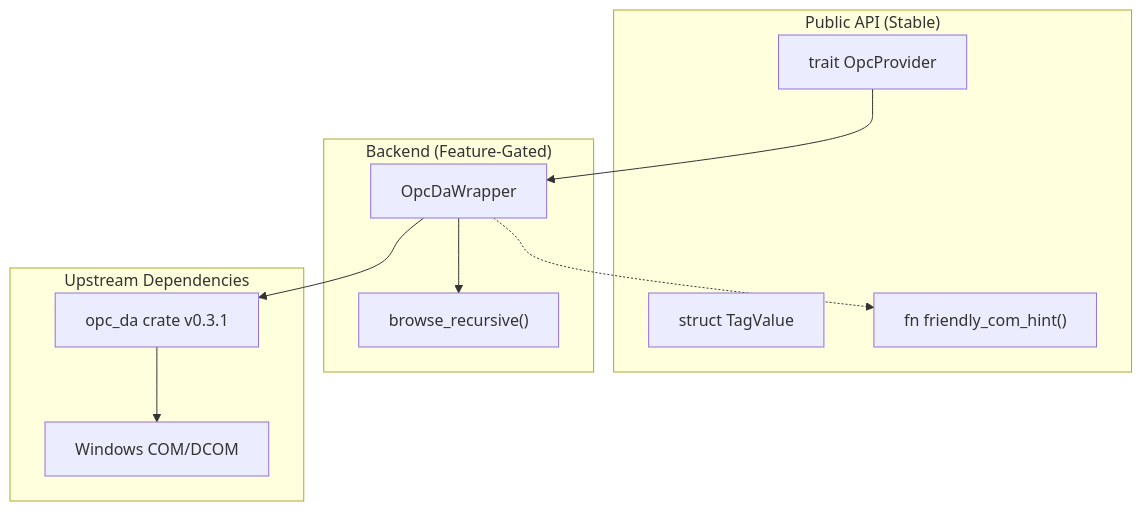
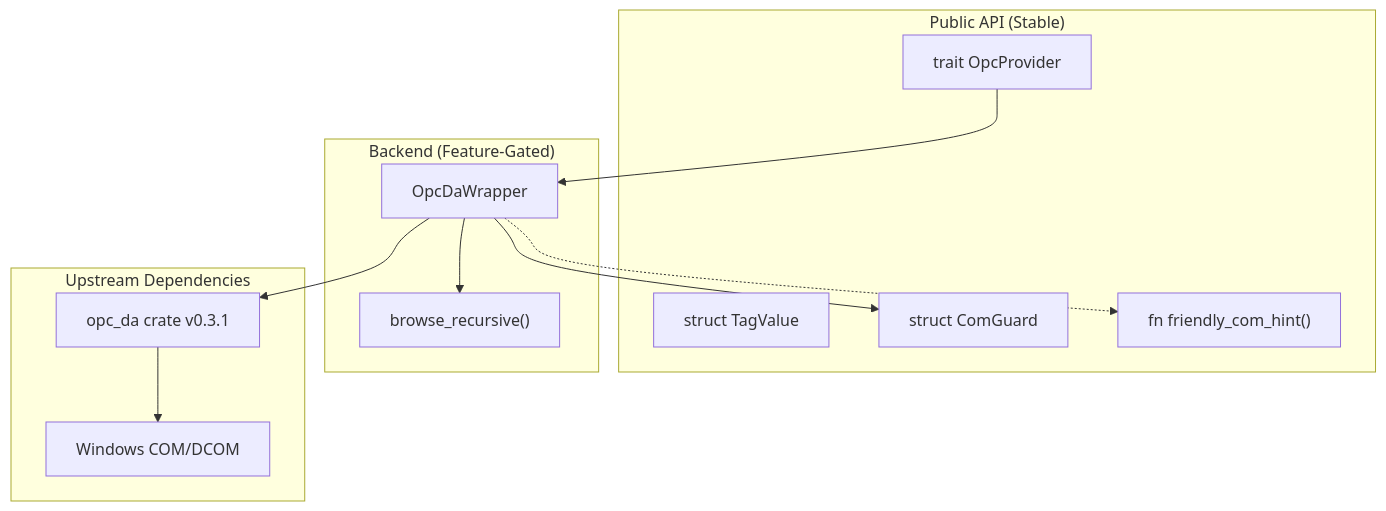
The diagram in opc-da-client/architecture.md (wends155/opc-cli), drawn with Mermaid before and after one commit. The commit also changed other lines of this file and 18 other files, not shown here.

````diff
--- a/opc-da-client/architecture.md
+++ b/opc-da-client/architecture.md
@@ -157,24 +159,26 @@
 ```mermaid
 graph TD
     subgraph "Public API (Stable)"
         Trait["trait OpcProvider"]
         TagValue["struct TagValue"]
+        Guard["struct ComGuard"]
         Hint["fn friendly_com_hint()"]
     end
 
     subgraph "Backend (Feature-Gated)"
         Wrapper["OpcDaWrapper"]
         Browse["browse_recursive()"]
     end
 
     subgraph "Upstream Dependencies"
         OpcDa["opc_da crate v0.3.1"]
         WinCOM["Windows COM/DCOM"]
     end
 
     Trait --> Wrapper
     Wrapper --> Browse
+    Wrapper --> Guard
     Wrapper --> OpcDa
     OpcDa --> WinCOM
     Wrapper -.-> Hint
 ```
````
